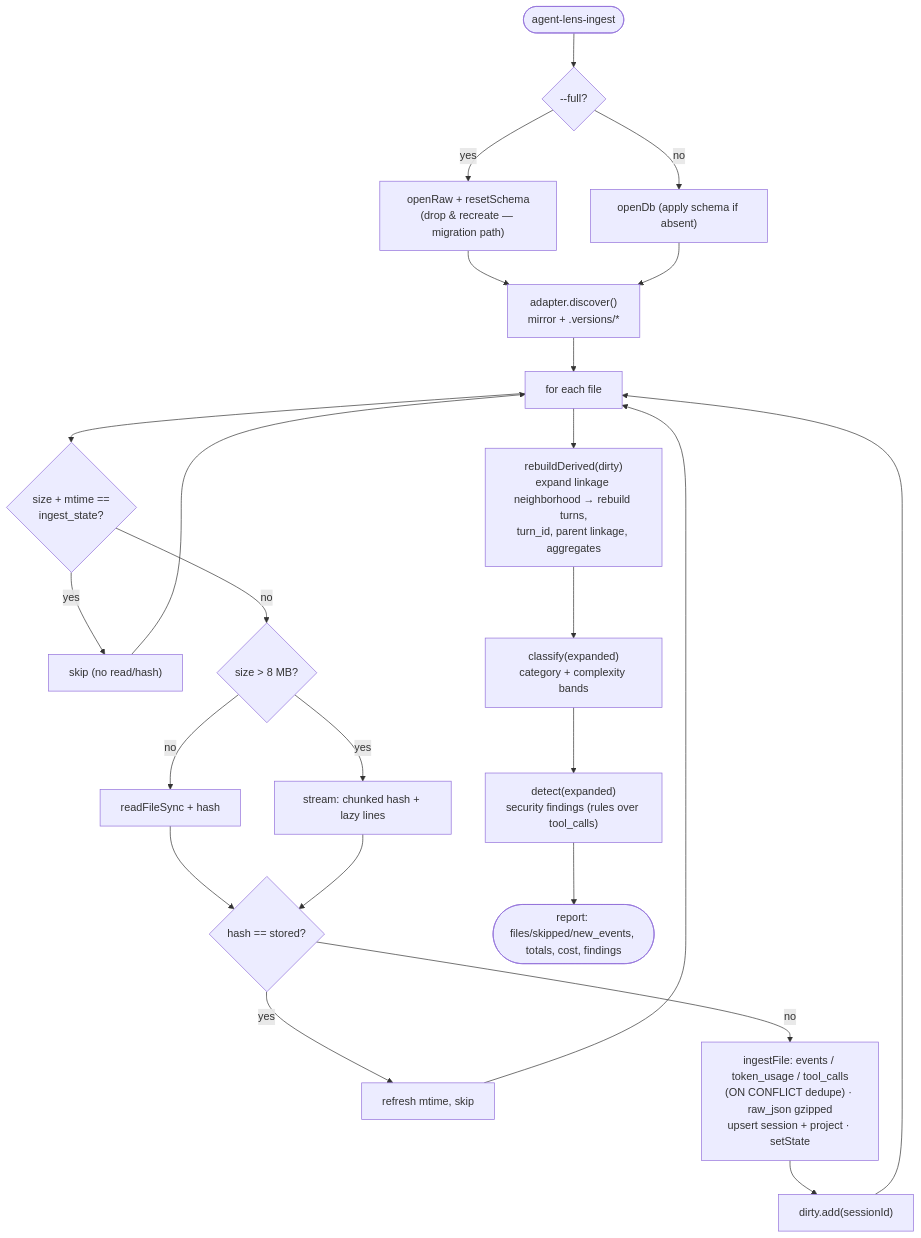
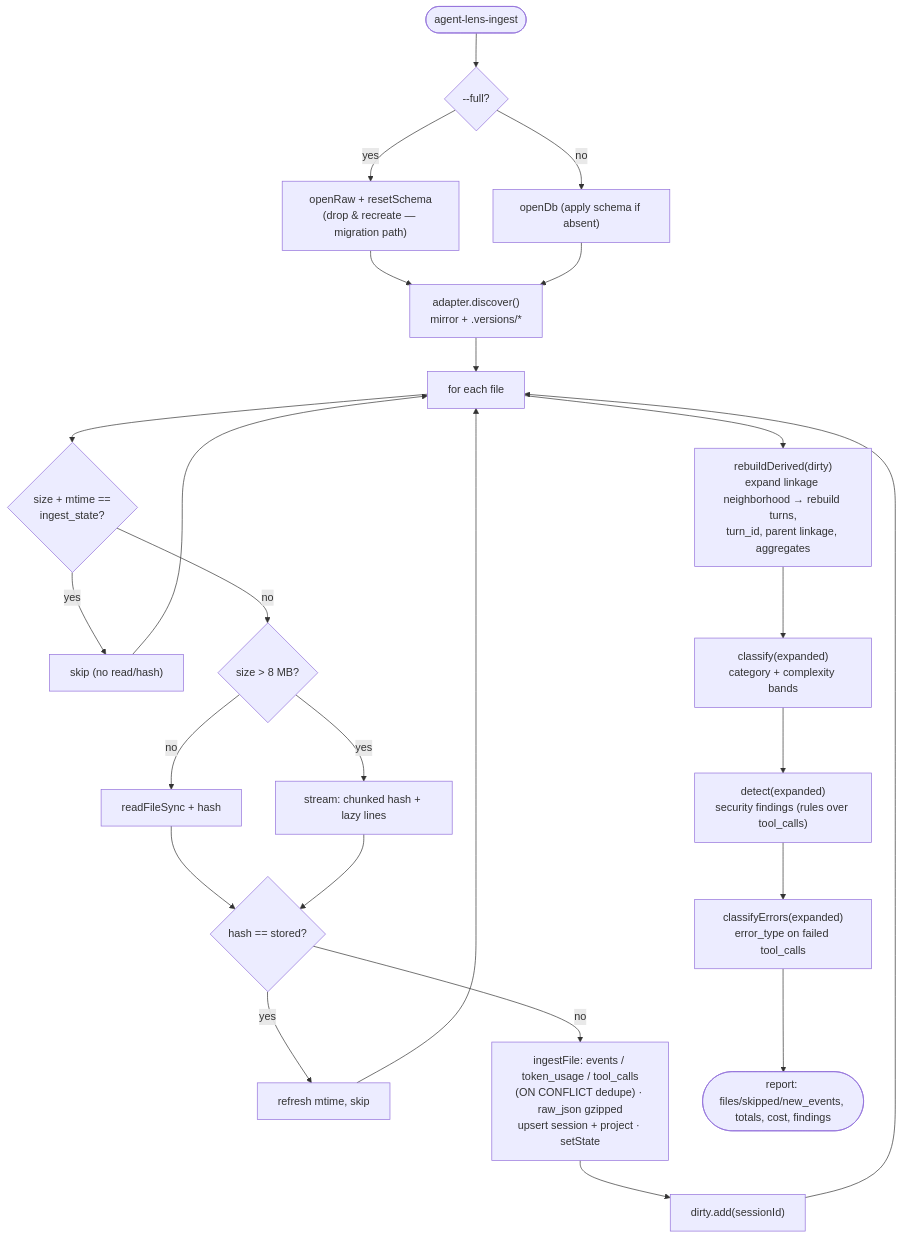
One commit to SWEStash/agent-lens changed the third of 4 diagrams in docs/ARCHITECTURE.md. Above: the diagram before and after it, drawn with Mermaid. The commit also changed other lines of this file and 21 other files, not shown here.

````diff
--- a/docs/ARCHITECTURE.md
+++ b/docs/ARCHITECTURE.md
@@ -67,23 +67,24 @@
 ```mermaid
 flowchart TD
   START(["agent-lens-ingest"]) --> FULL{"--full?"}
   FULL -->|yes| RESET["openRaw + resetSchema<br/>(drop & recreate — migration path)"]
   FULL -->|no| OPEN["openDb (apply schema if absent)"]
   RESET --> DISC
   OPEN --> DISC["adapter.discover()<br/>mirror + .versions/*"]
   DISC --> LOOP["for each file"]
   LOOP --> STAT{"size + mtime ==<br/>ingest_state?"}
   STAT -->|yes| SKIP["skip (no read/hash)"] --> LOOP
   STAT -->|no| READ{"size > 8 MB?"}
   READ -->|no| WHOLE["readFileSync + hash"]
   READ -->|yes| STREAM["stream: chunked hash + lazy lines"]
   WHOLE --> HASHCHK
   STREAM --> HASHCHK{"hash == stored?"}
   HASHCHK -->|yes| REFRESH["refresh mtime, skip"] --> LOOP
   HASHCHK -->|no| INGEST["ingestFile: events / token_usage / tool_calls<br/>(ON CONFLICT dedupe) · raw_json gzipped<br/>upsert session + project · setState"]
   INGEST --> MARK["dirty.add(sessionId)"] --> LOOP
   LOOP --> REBUILD["rebuildDerived(dirty)<br/>expand linkage neighborhood → rebuild turns,<br/>turn_id, parent linkage, aggregates"]
   REBUILD --> CLASSIFY["classify(expanded)<br/>category + complexity bands"]
   CLASSIFY --> DETECT["detect(expanded)<br/>security findings (rules over tool_calls)"]
-  DETECT --> REPORT(["report: files/skipped/new_events, totals, cost, findings"]) 
+  DETECT --> ERRCLS["classifyErrors(expanded)<br/>error_type on failed tool_calls"]
+  ERRCLS --> REPORT(["report: files/skipped/new_events, totals, cost, findings"]) 
 ```
````
